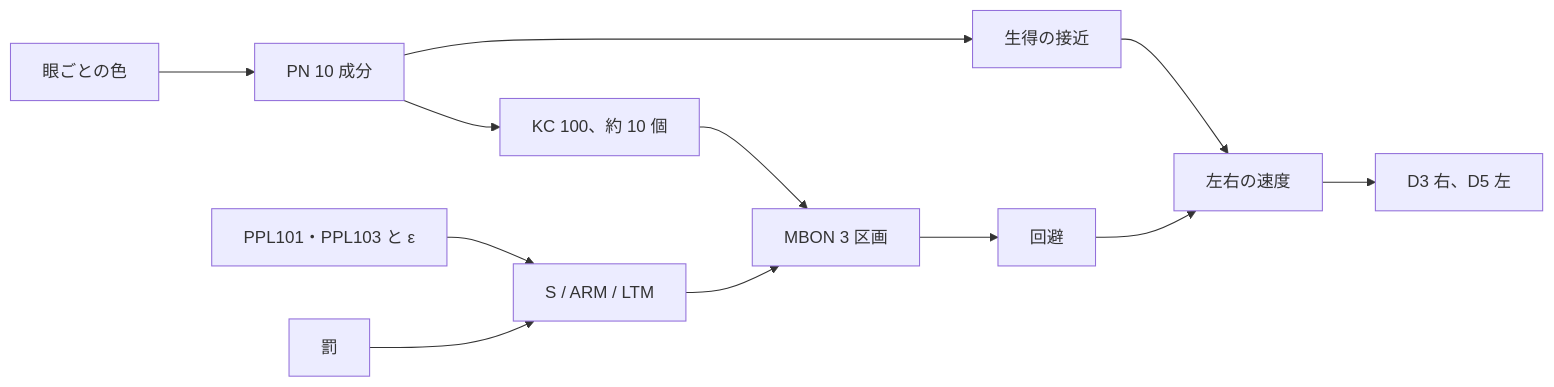
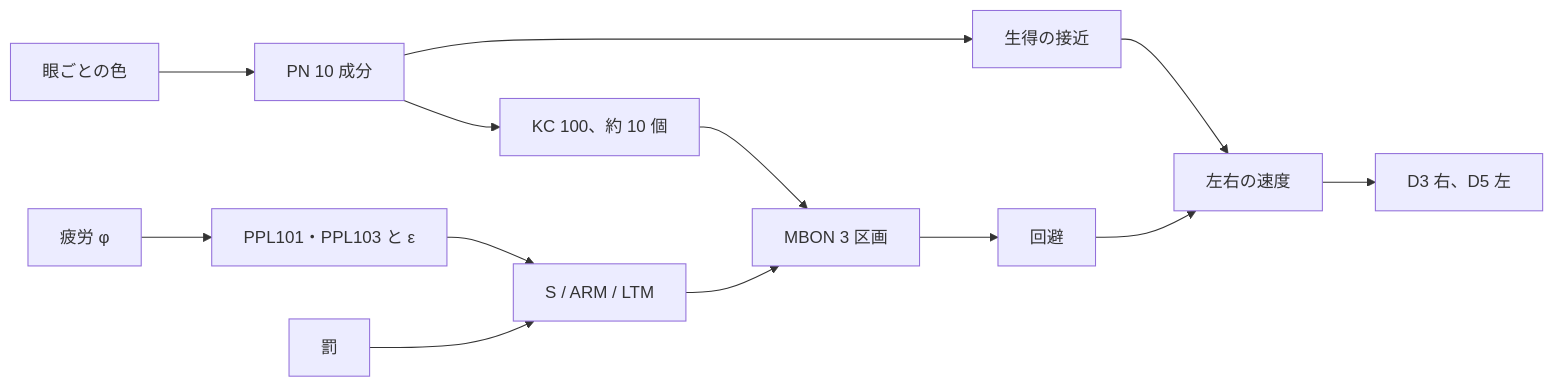
One commit to hamling-ling/fly-memento changed the diagram in docs/MODEL.md. Above: the diagram before and after it, drawn with Mermaid. The commit also changed other lines of this file, not shown here.

````diff
--- a/docs/MODEL.md
+++ b/docs/MODEL.md
@@ -13,14 +13,15 @@
 ```mermaid
 flowchart LR
   eye["眼ごとの色"] --> pn["PN 10 成分"]
   pn --> kc["KC 100、約 10 個"]
   kc --> mbon["MBON 3 区画"]
   mem["S / ARM / LTM"] --> mbon
   dan["PPL101・PPL103 と ε"] --> mem
   us["罰"] --> mem
+  phi["疲労 φ"] --> dan
   mbon --> avoid["回避"]
   pn --> approach["生得の接近"]
   avoid --> cmd["左右の速度"]
   approach --> cmd
   cmd --> pin["D3 右、D5 左"]
 ```
````
